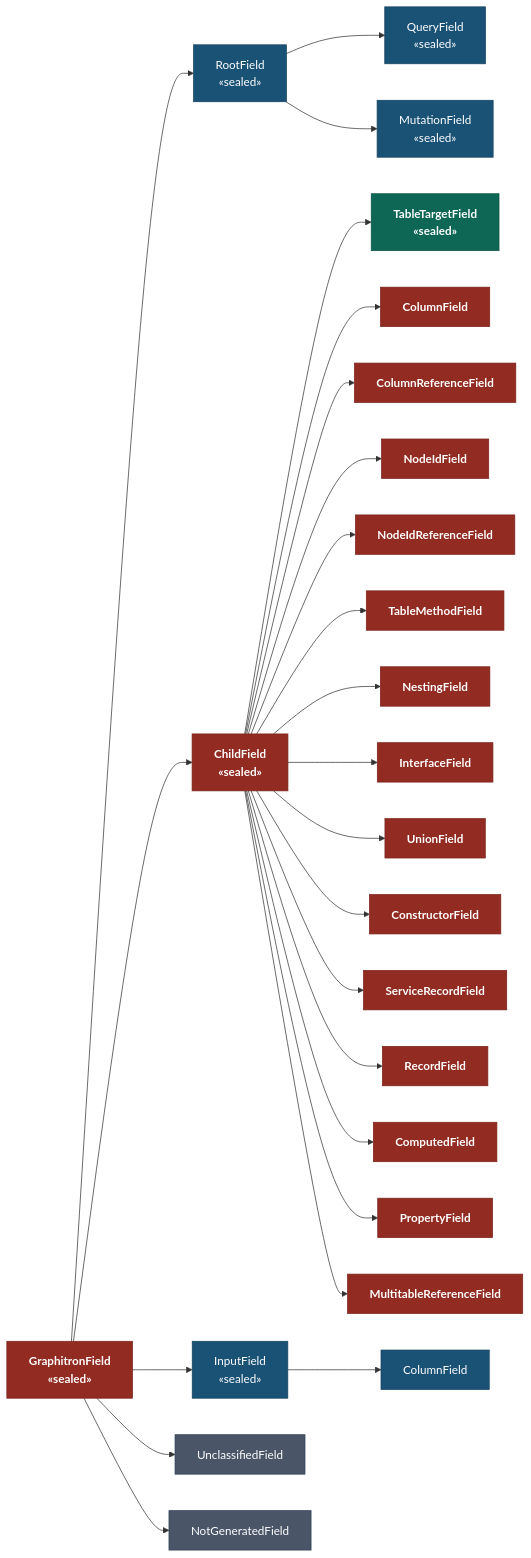
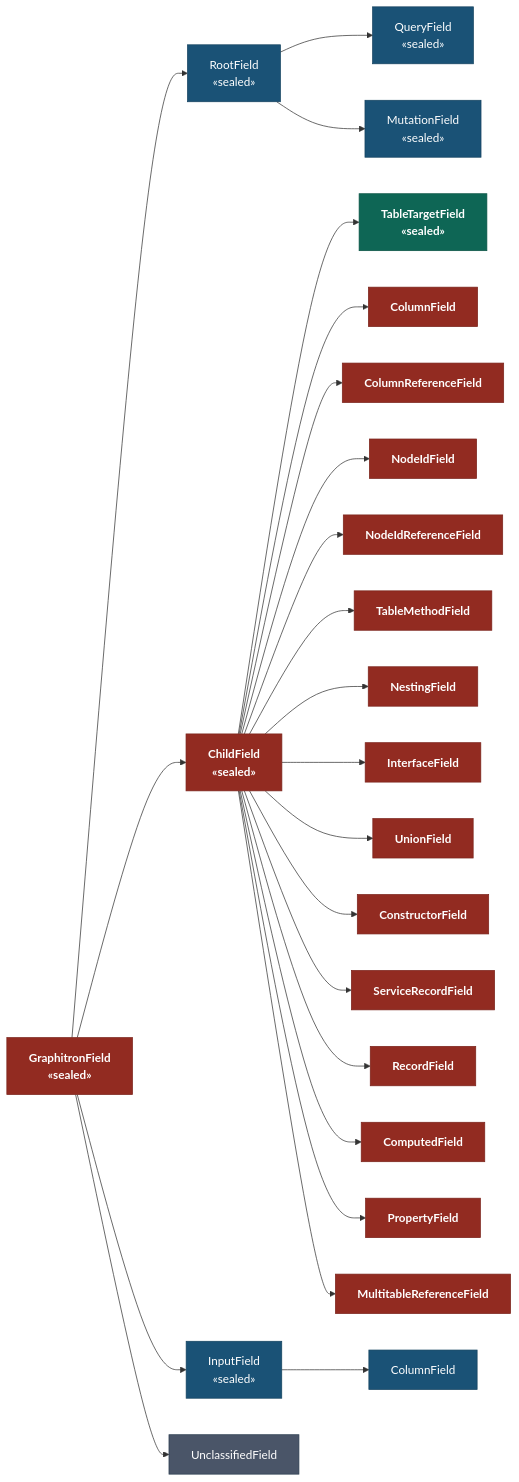
Before and after one commit to sikt-no/graphitron: the first of 4 diagrams in graphitron-rewrite/docs/rewrite-model.md, drawn with Mermaid. The commit also changed 14 other files, not shown here.

````diff
--- a/graphitron-rewrite/docs/rewrite-model.md
+++ b/graphitron-rewrite/docs/rewrite-model.md
@@ -18,36 +18,35 @@
 ```mermaid
 graph LR
     classDef core  fill:#922B21,stroke:#7B241C,color:#fff,font-weight:bold
     classDef ttf   fill:#0E6655,stroke:#0A5344,color:#fff,font-weight:bold
     classDef rootf fill:#1A5276,stroke:#154360,color:#fff
     classDef val   fill:#4A5568,stroke:#2C3E50,color:#fff
 
     GF["GraphitronField\n«sealed»"]:::core
 
     GF --> RF["RootField\n«sealed»"]:::rootf
     GF --> CF["ChildField\n«sealed»"]:::core
     GF --> INPF["InputField\n«sealed»"]:::rootf
     GF --> UNF["UnclassifiedField"]:::val
-    GF --> NGF["NotGeneratedField"]:::val
 
     RF --> QF["QueryField\n«sealed»"]:::rootf
     RF --> MF["MutationField\n«sealed»"]:::rootf
 
     INPF --> InpCF["ColumnField"]:::rootf
 
     CF --> TTF["TableTargetField\n«sealed»"]:::ttf
     CF --> ColF["ColumnField"]:::core
     CF --> CRF["ColumnReferenceField"]:::core
     CF --> NIF["NodeIdField"]:::core
     CF --> NIRF["NodeIdReferenceField"]:::core
     CF --> TMF["TableMethodField"]:::core
     CF --> NstF["NestingField"]:::core
     CF --> IFld["InterfaceField"]:::core
     CF --> UnFld["UnionField"]:::core
     CF --> CnsF["ConstructorField"]:::core
     CF --> SvcRF["ServiceRecordField"]:::core
     CF --> RecF["RecordField"]:::core
     CF --> CmpF["ComputedField"]:::core
     CF --> PropF["PropertyField"]:::core
     CF --> MtRF["MultitableReferenceField"]:::core
 ```
````
